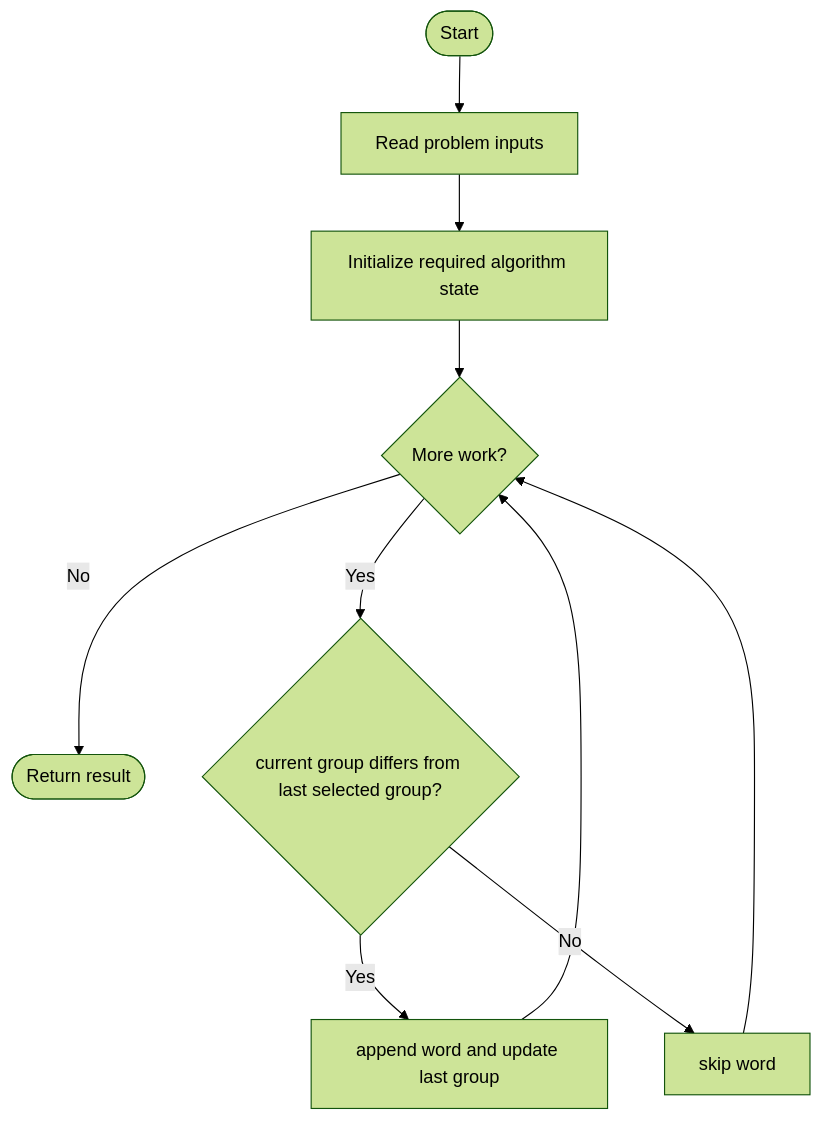
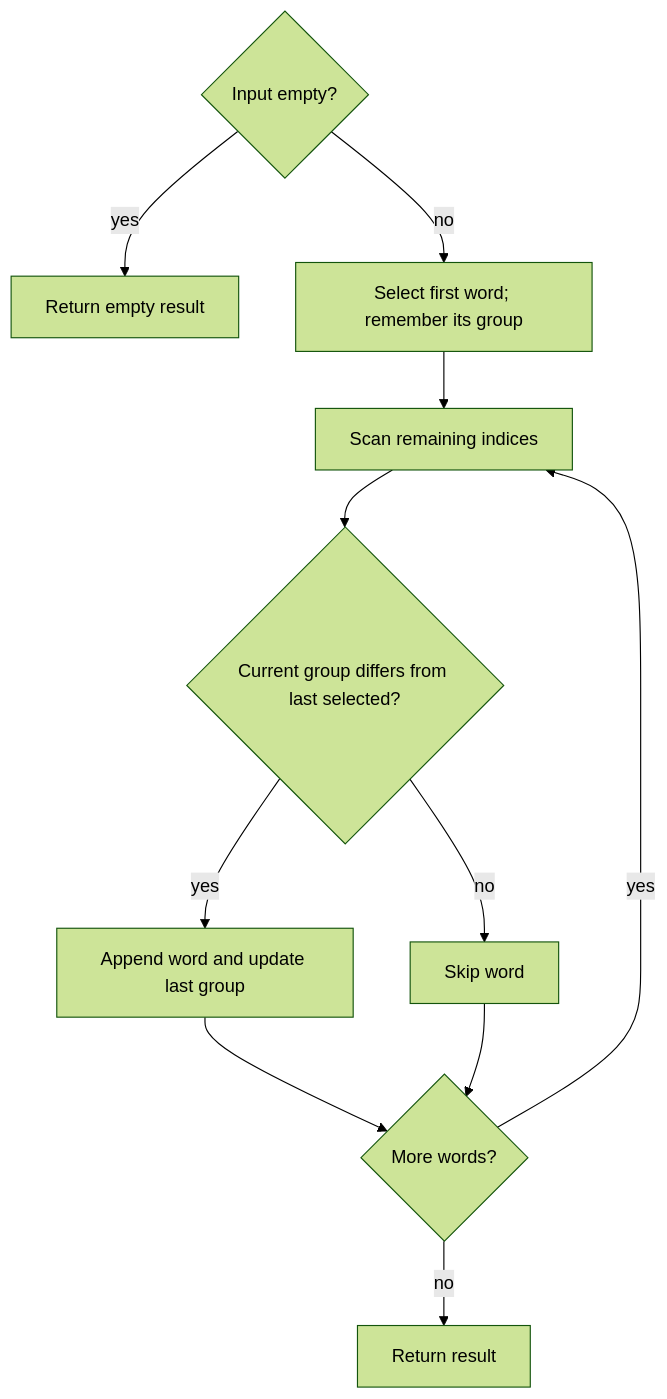
One commit to SAIDEEPBHANGE/C-CPP-Codes changed the diagram in LeetCode/2900/README.md. Above: the diagram before and after it, drawn with Mermaid (forest theme). The commit also changed other lines of this file and 196 other files, not shown here.

````diff
--- a/LeetCode/2900/README.md
+++ b/LeetCode/2900/README.md
@@ -13,12 +42,13 @@
 ```mermaid
 flowchart TD
-    A([Start]) --> B[Read problem inputs]
-    B --> C[Initialize required algorithm state]
-    C --> D{More work?}
-    D -- No --> Z([Return result])
-    D -- Yes --> E{current group differs from last selected group?}
-    E -- Yes --> F[append word and update last group]
-    E -- No --> G[skip word]
-    F --> D
-    G --> D
+    A{Input empty?} -->|yes| B[Return empty result]
+    A -->|no| C[Select first word; remember its group]
+    C --> D[Scan remaining indices]
+    D --> E{Current group differs from last selected?}
+    E -->|yes| F[Append word and update last group]
+    E -->|no| G[Skip word]
+    F --> H{More words?}
+    G --> H
+    H -->|yes| D
+    H -->|no| I[Return result]
 ```
````
